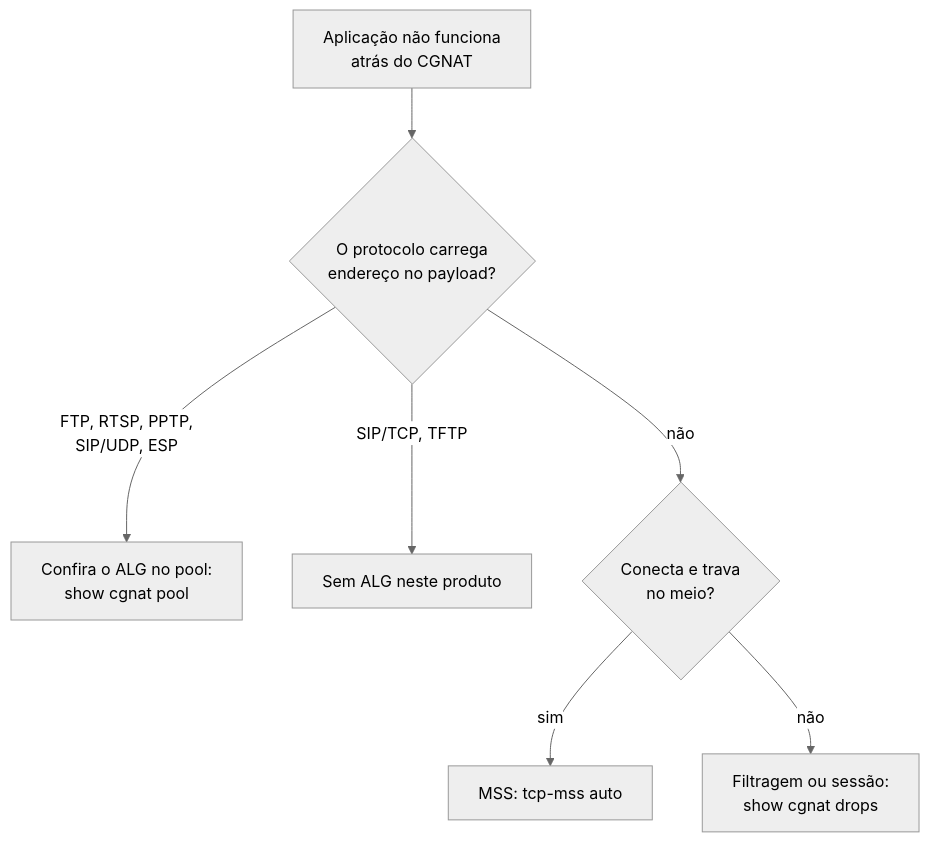
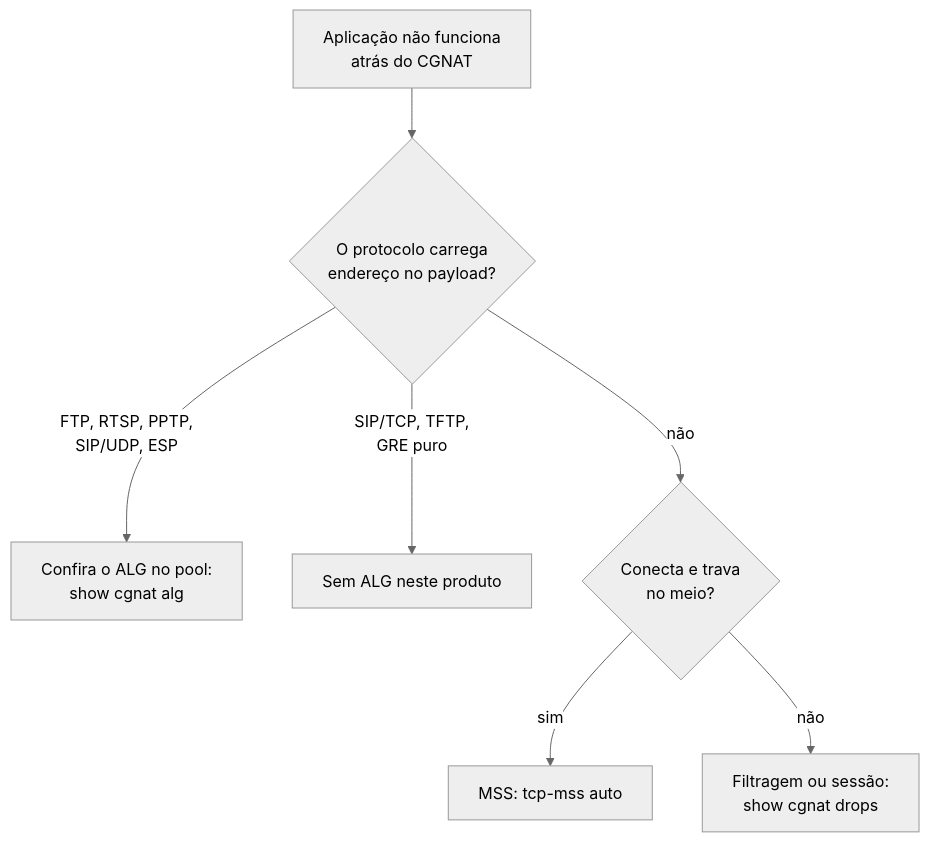
Before and after one commit to andrediashexa/prismarouting: the diagram in wiki/operar/protocolos-e-algs.md, drawn with Mermaid (neutral theme). The commit also changed other lines of this file and 33 other files, not shown here.

````diff
--- a/wiki/operar/protocolos-e-algs.md
+++ b/wiki/operar/protocolos-e-algs.md
@@ -113,9 +121,9 @@
 ```mermaid
 flowchart TD
     P["Aplicação não funciona<br/>atrás do CGNAT"] --> Q{"O protocolo carrega<br/>endereço no payload?"}
-    Q -->|"FTP, RTSP, PPTP,<br/>SIP/UDP, ESP"| A["Confira o ALG no pool:<br/>show cgnat pool"]
-    Q -->|"SIP/TCP, TFTP"| N["Sem ALG neste produto"]
+    Q -->|"FTP, RTSP, PPTP,<br/>SIP/UDP, ESP"| A["Confira o ALG no pool:<br/>show cgnat alg"]
+    Q -->|"SIP/TCP, TFTP,<br/>GRE puro"| N["Sem ALG neste produto"]
     Q -->|não| F{"Conecta e trava<br/>no meio?"}
     F -->|sim| M["MSS: tcp-mss auto"]
     F -->|não| B["Filtragem ou sessão:<br/>show cgnat drops"]
 ```
````
